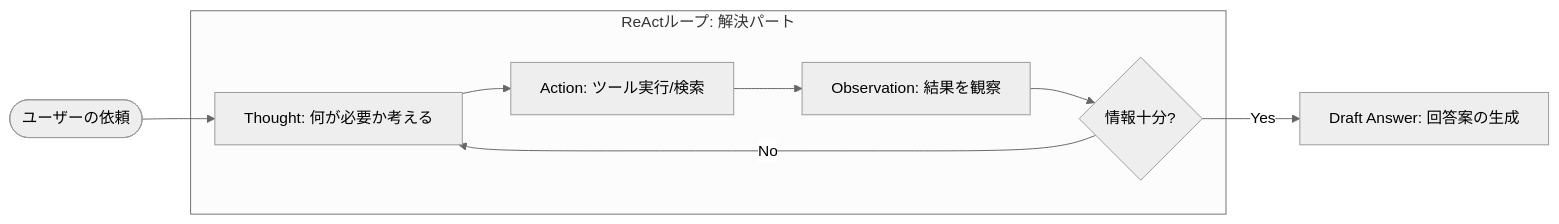
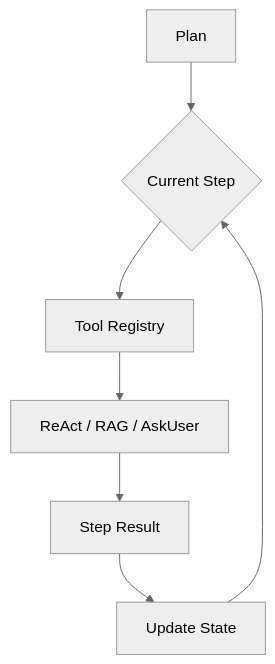
The third of 6 diagrams in README.md (nakashima2toshio/gemini_grace_agent), drawn with Mermaid (neutral theme) before and after one commit. The commit also changed other lines of this file and 8 other files, not shown here.

````diff
--- a/README.md
+++ b/README.md
@@ -413,11 +93,9 @@
 ```mermaid
-flowchart LR
-    Start([ユーザーの依頼]) --> Thought1
-    subgraph ReAct_Loop [ReActループ: 解決パート]
-        Thought1[Thought: 何が必要か考える] --> Action[Action: ツール実行/検索]
-        Action --> Observation[Observation: 結果を観察]
-        Observation --> Decision{情報十分?}
-        Decision -- No --> Thought1
-    end
-    Decision -- Yes --> FinalAns[Draft Answer: 回答案の生成]
+graph TD
+    Plan --> Step{Current Step}
+    Step --> Registry[Tool Registry]
+    Registry --> Tool[ReAct / RAG / AskUser]
+    Tool --> Result[Step Result]
+    Result --> State[Update State]
+    State --> Step
 ```
````
